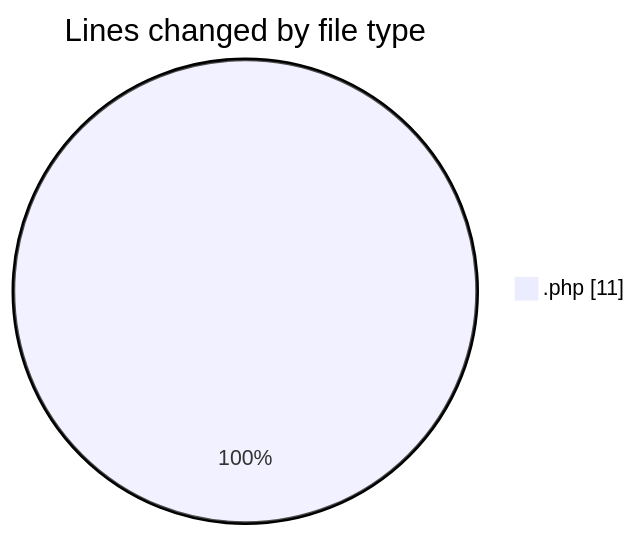
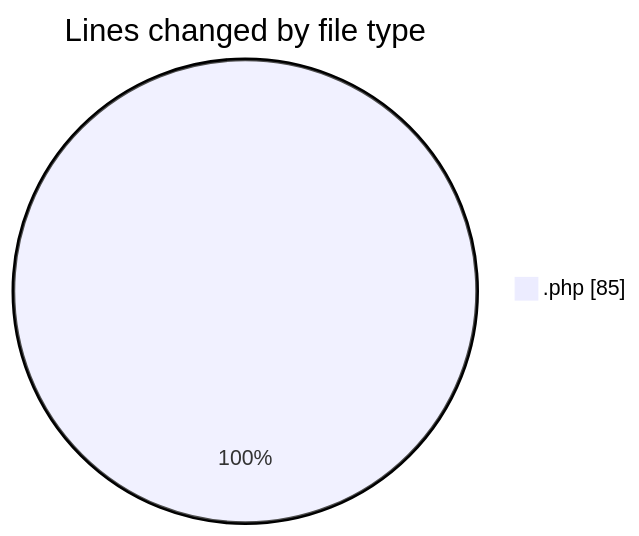
The first of 2 diagrams in 2025-06-18/studio-backend/README.md (idhammustaqopulfikri/code-tracking), drawn with Mermaid before and after one commit. The commit also changed other lines of this file and 1 other file, not shown here.

````diff
--- a/2025-06-18/studio-backend/README.md
+++ b/2025-06-18/studio-backend/README.md
@@ -20,5 +21,5 @@
 ```mermaid
 pie showData
 title Lines changed by file type
-".php" : 11
+".php" : 85
 ```
````
